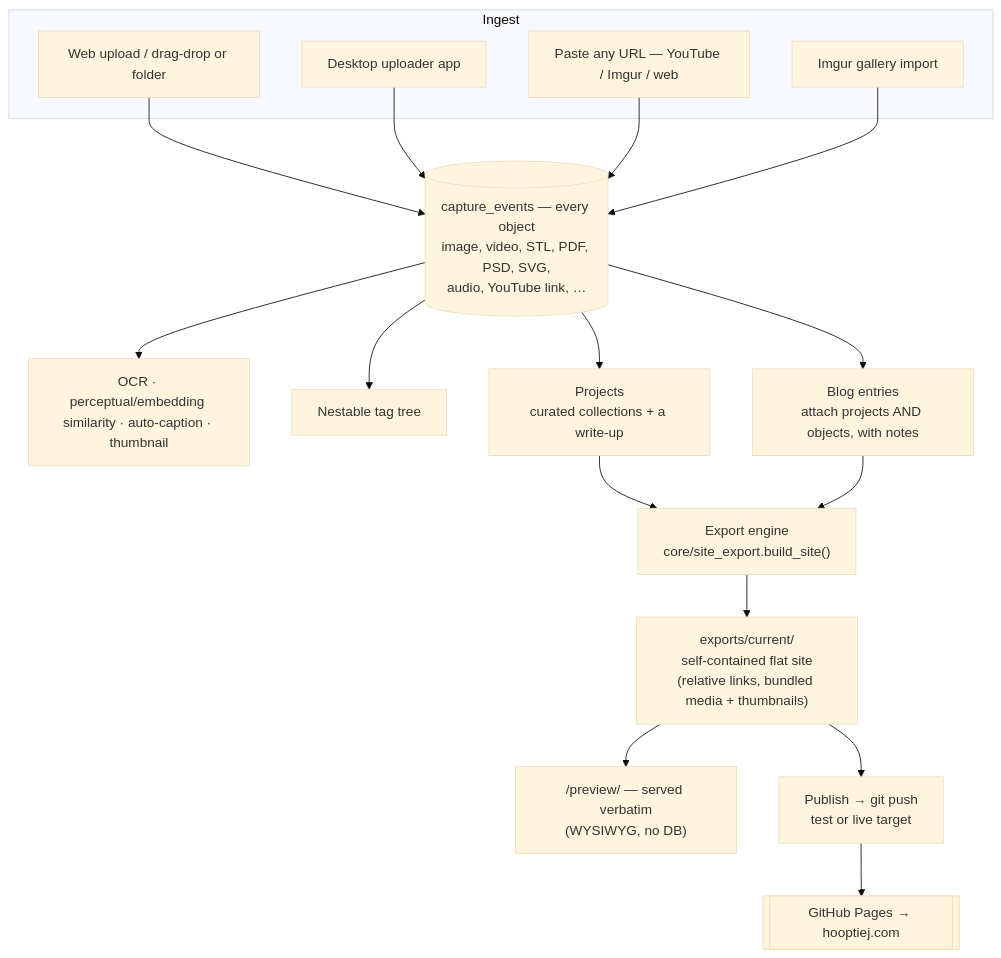
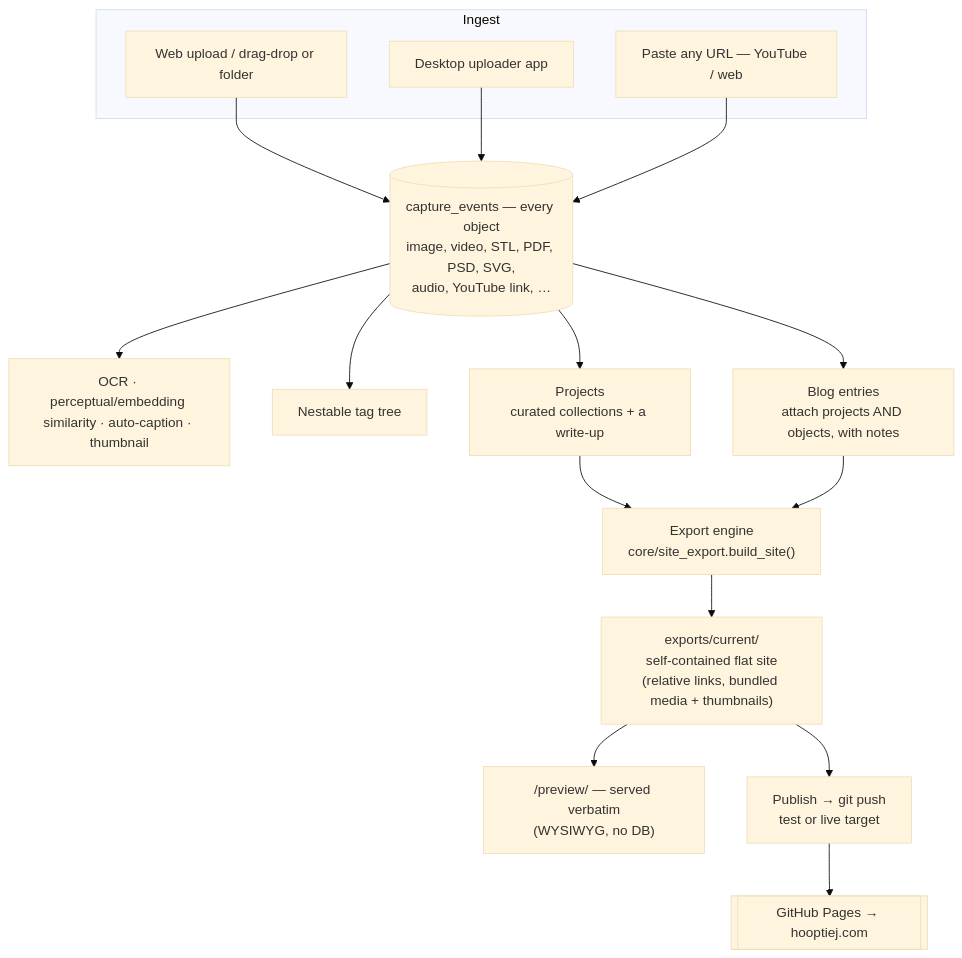
The first of 3 diagrams in README.md (hooptiej/Constructicon), drawn with Mermaid (base theme) before and after one commit. The commit also changed other lines of this file and 8 other files, not shown here.

````diff
--- a/README.md
+++ b/README.md
@@ -25,24 +25,22 @@
 ```mermaid
 flowchart TD
     subgraph ingest [Ingest]
         U[Web upload / drag-drop or folder]
         D[Desktop uploader app]
-        L[Paste any URL — YouTube / Imgur / web]
-        IM[Imgur gallery import]
+        L[Paste any URL — YouTube / web]
     end
     U --> CE
     D --> CE
     L --> CE
-    IM --> CE
     CE[("capture_events — every object<br/>image, video, STL, PDF, PSD, SVG,<br/>audio, YouTube link, …")]
     CE --> ENRICH[OCR · perceptual/embedding similarity · auto-caption · thumbnail]
     CE --> TAGS[Nestable tag tree]
     CE --> PROJ["Projects<br/>curated collections + a write-up"]
     CE --> BLOG["Blog entries<br/>attach projects AND objects, with notes"]
     PROJ --> EXPORT
     BLOG --> EXPORT
     EXPORT["Export engine<br/>core/site_export.build_site()"] --> BUILD["exports/current/<br/>self-contained flat site<br/>(relative links, bundled media + thumbnails)"]
     BUILD --> PREVIEW["/preview/ — served verbatim<br/>(WYSIWYG, no DB)"]
     BUILD --> PUBLISH["Publish → git push<br/>test or live target"]
     PUBLISH --> PAGES[["GitHub Pages → hooptiej.com"]]
 ```
````
